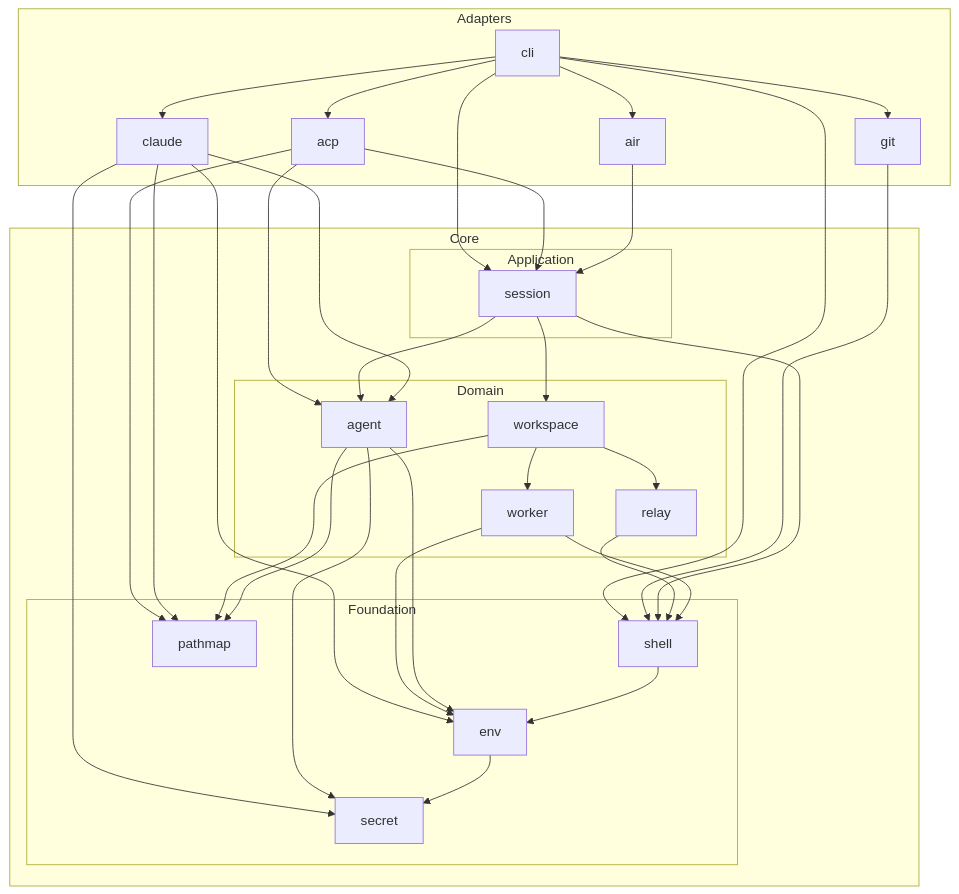
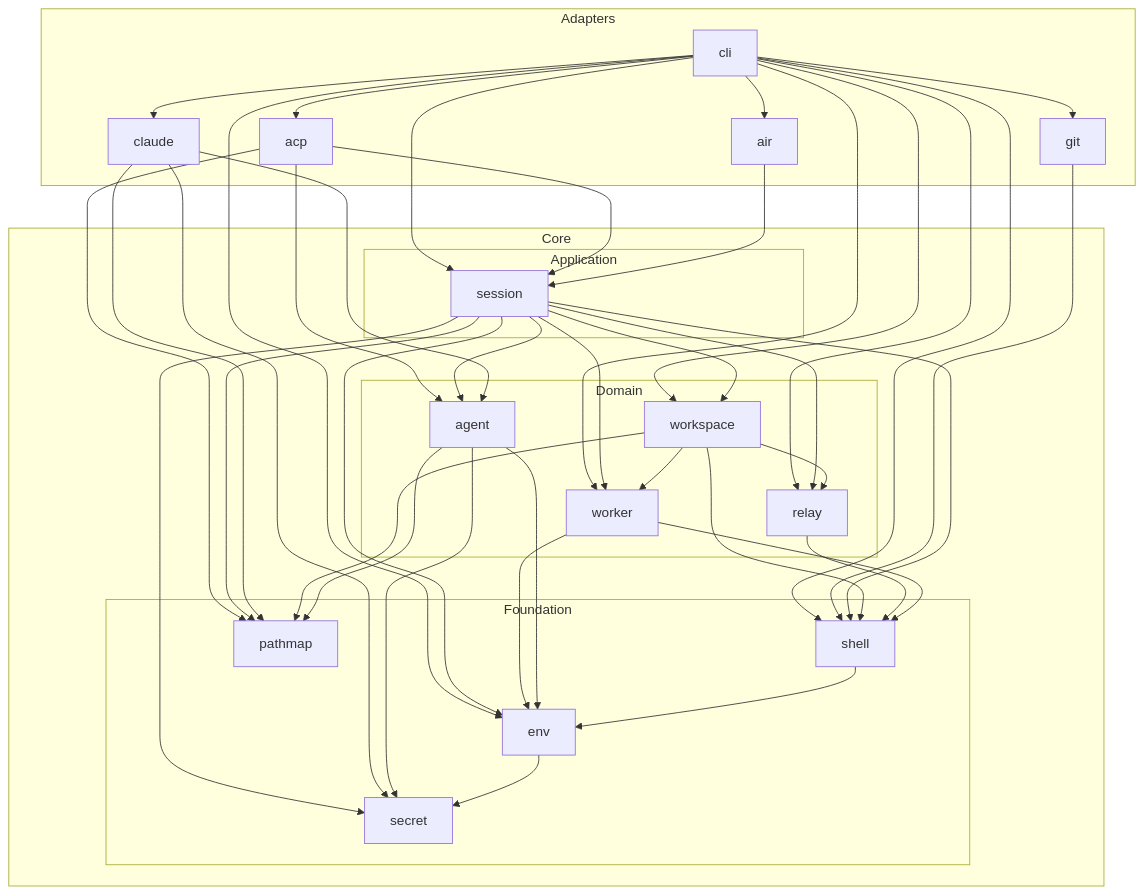
Before and after one commit to zerlok/hermod: the sixth of 15 diagrams in docs/ARCHITECTURE.md, drawn with Mermaid. The commit also changed 18 other files, not shown here.

````diff
--- a/docs/ARCHITECTURE.md
+++ b/docs/ARCHITECTURE.md
@@ -285,56 +285,65 @@
 ```mermaid
 flowchart TD
     subgraph adapters["Adapters"]
         cli
         git
         acp
         air
         claude
     end
     subgraph core["Core"]
         subgraph app["Application"]
             session
         end
         subgraph domain["Domain"]
             workspace
             worker
             relay
             agent
         end
         subgraph foundation["Foundation"]
             shell
             env
             secret
             pathmap
         end
     end
     cli --> git
     cli --> acp
     cli --> session
     cli --> air
     cli --> claude
+    cli --> workspace
+    cli --> worker
+    cli --> relay
     cli --> shell
+    cli --> env
     git --> shell
     acp --> session
     acp --> pathmap
     acp --> agent
     air --> session
     session --> workspace
     session --> agent
+    session --> worker
+    session --> relay
+    session --> pathmap
     session --> shell
+    session --> env
+    session --> secret
     claude --> agent
     claude --> pathmap
-    claude --> env
     claude --> secret
     workspace --> relay
     workspace --> worker
     workspace --> pathmap
+    workspace --> shell
     relay --> shell
     worker --> shell
     worker --> env
     agent --> pathmap
     agent --> env
     agent --> secret
     shell --> env
     env --> secret
 ```
````
